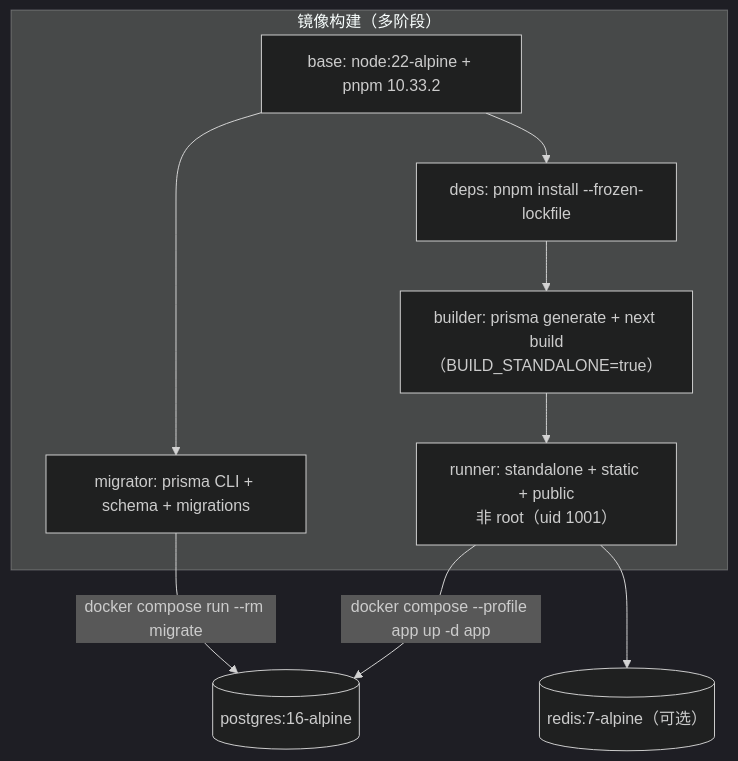
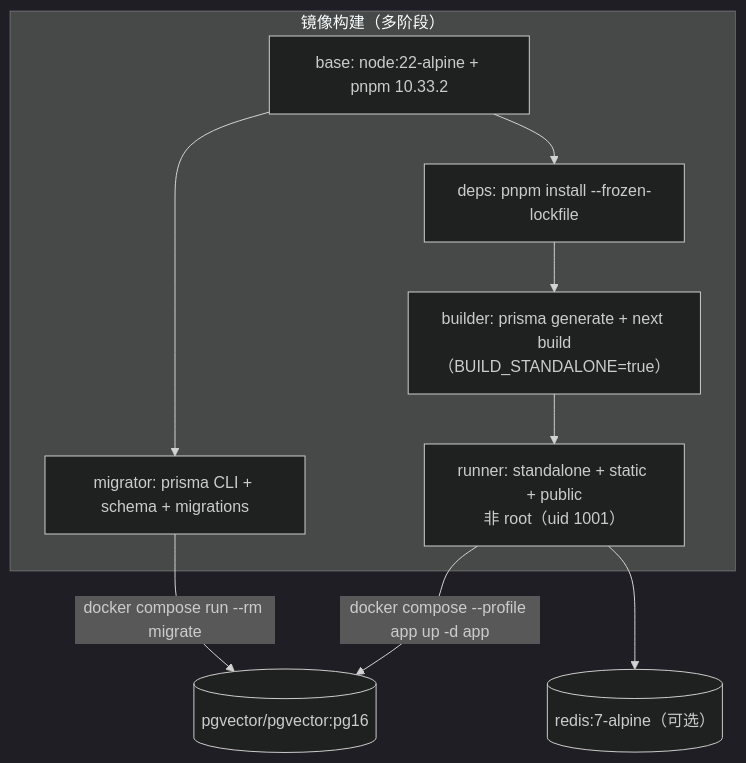
The fifth of 5 diagrams in docs/architecture.md (zhouzhouman/lumenote), drawn with Mermaid (dark theme) before and after one commit. The commit also changed 3 other files, not shown here.

First line of the commit message:
fix(deploy): Postgres 镜像改用 pgvector/pgvector:pg16，否则迁移必然失败

````diff
--- a/docs/architecture.md
+++ b/docs/architecture.md
@@ -645,16 +645,16 @@
 ```mermaid
 flowchart TB
     subgraph BUILD["镜像构建（多阶段）"]
         BASE["base: node:22-alpine + pnpm 10.33.2"]
         DEPS["deps: pnpm install --frozen-lockfile"]
         BUILDER["builder: prisma generate + next build（BUILD_STANDALONE=true）"]
         MIGRATOR["migrator: prisma CLI + schema + migrations"]
         RUNNER["runner: standalone + static + public<br/>非 root（uid 1001）"]
         BASE --> DEPS --> BUILDER
         BASE --> MIGRATOR
         BUILDER --> RUNNER
     end
-    MIGRATOR -->|"docker compose run --rm migrate"| PG[("postgres:16-alpine")]
+    MIGRATOR -->|"docker compose run --rm migrate"| PG[("pgvector/pgvector:pg16")]
     RUNNER -->|"docker compose --profile app up -d app"| PG
     RUNNER --> REDIS[("redis:7-alpine（可选）")]
 ```
````
